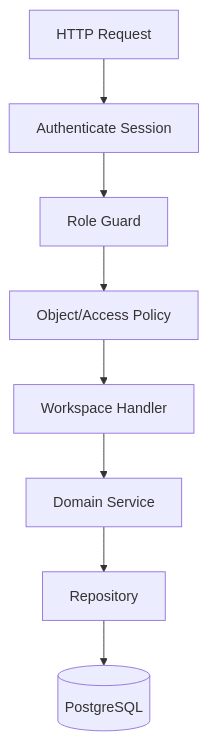
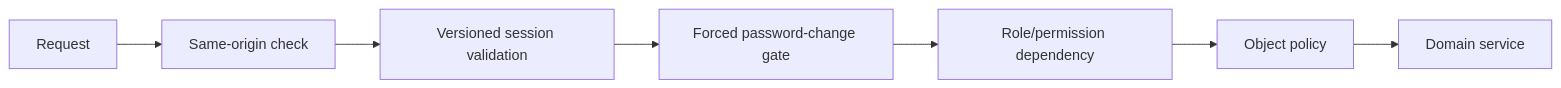
The diagram in docs/ENGINEERING_ROUTE_MAP.md (Khamid22/msischoolbot_v2), drawn with Mermaid before and after one commit. The commit also changed other lines of this file and 433 other files, not shown here.

````diff
--- a/docs/ENGINEERING_ROUTE_MAP.md
+++ b/docs/ENGINEERING_ROUTE_MAP.md
@@ -161,13 +103,12 @@
 ```mermaid
-flowchart TD
-    Request[HTTP Request]
-    Auth[Authenticate Session]
-    Role[Role Guard]
-    Policy[Object/Access Policy]
-    Workspace[Workspace Handler]
-    Domain[Domain Service]
-    Repo[Repository]
-    DB[(PostgreSQL)]
+flowchart LR
+    Request[Request]
+    Origin[Same-origin check]
+    Session[Versioned session validation]
+    Change[Forced password-change gate]
+    Role[Role/permission dependency]
+    Object[Object policy]
+    Domain[Domain service]
 
-    Request --> Auth --> Role --> Policy --> Workspace --> Domain --> Repo --> DB
+    Request --> Origin --> Session --> Change --> Role --> Object --> Domain
 ```
````
